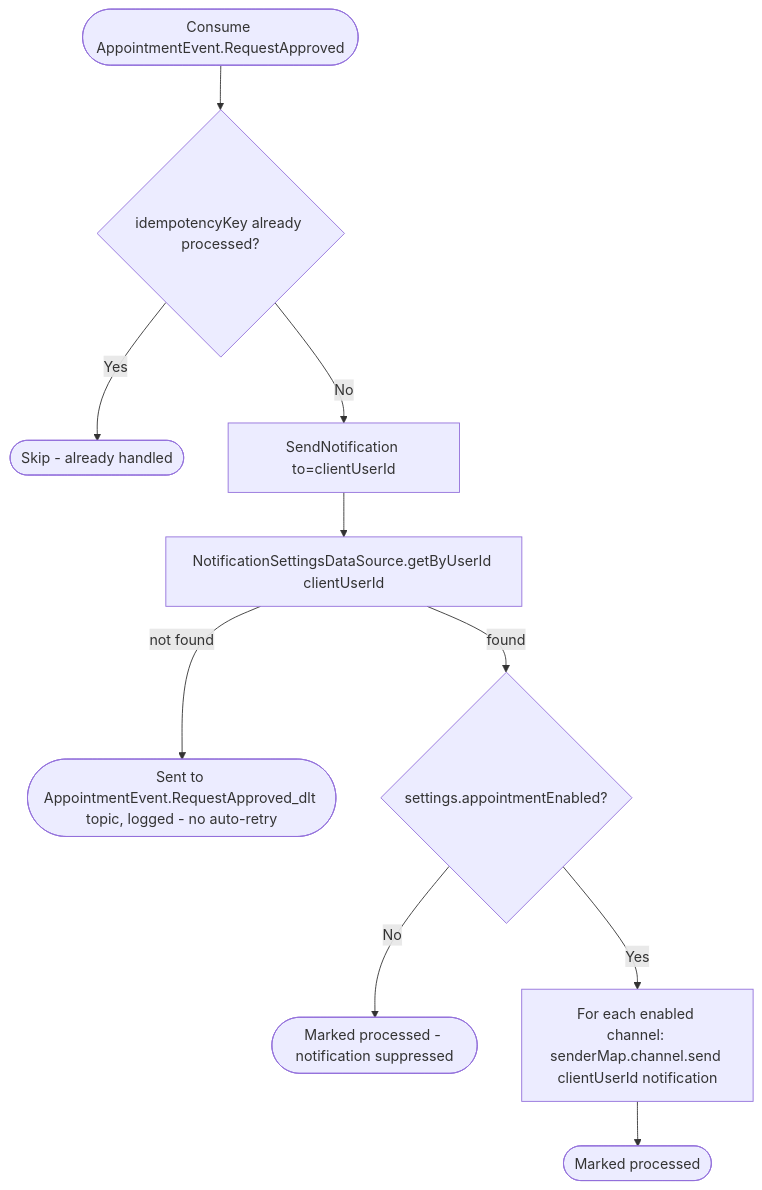
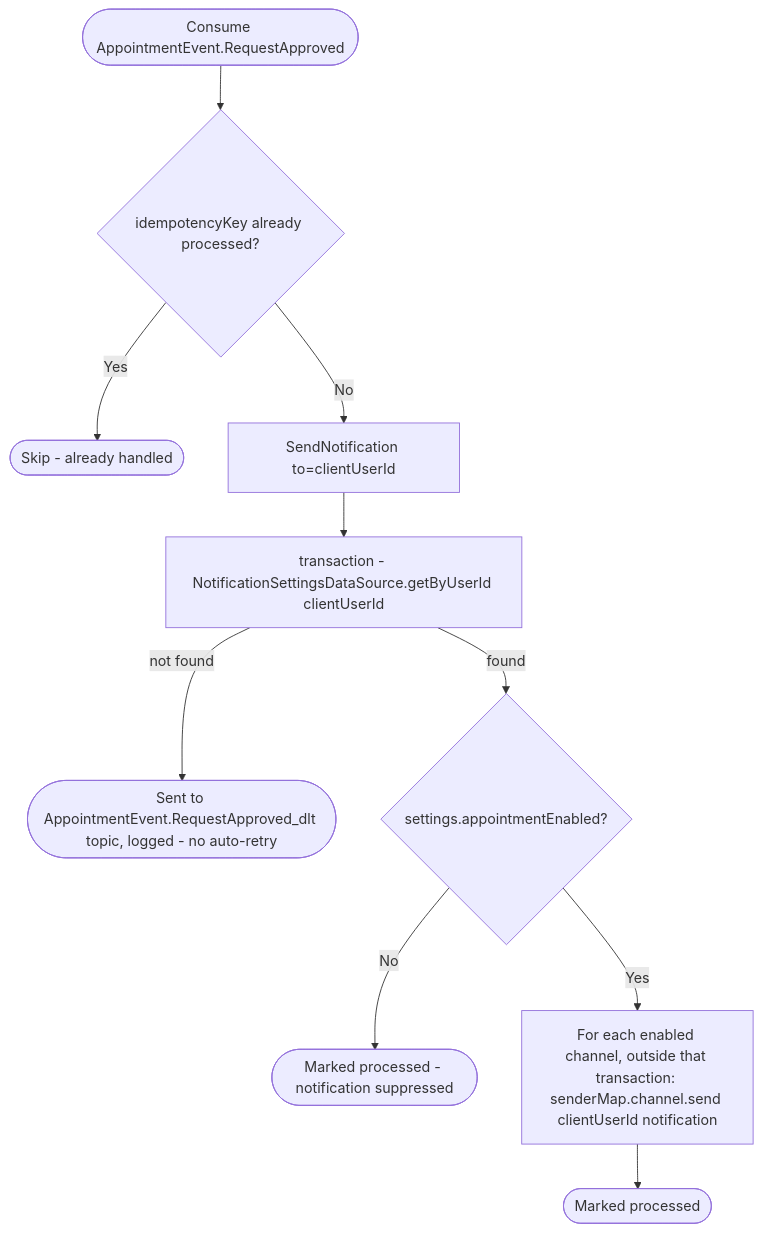
The diagram in docs/operations/notifications/on-appointment-request-approved.md (nocturneproperties/bookkme), drawn with Mermaid before and after one commit. The commit also changed 32 other files, not shown here.

````diff
--- a/docs/operations/notifications/on-appointment-request-approved.md
+++ b/docs/operations/notifications/on-appointment-request-approved.md
@@ -13,12 +13,12 @@
 ```mermaid
 flowchart TD
     Start([Consume AppointmentEvent.RequestApproved]) --> Dedup{idempotencyKey already processed?}
     Dedup -- Yes --> Skip([Skip - already handled])
     Dedup -- No --> Send[SendNotification to=clientUserId]
-    Send --> GetSettings[NotificationSettingsDataSource.getByUserId clientUserId]
+    Send --> GetSettings[transaction - NotificationSettingsDataSource.getByUserId clientUserId]
     GetSettings -- not found --> Dlt([Sent to AppointmentEvent.RequestApproved_dlt topic, logged - no auto-retry])
     GetSettings -- found --> TypeAllowed{settings.appointmentEnabled?}
     TypeAllowed -- No --> Ack([Marked processed - notification suppressed])
-    TypeAllowed -- Yes --> Channels[For each enabled channel: senderMap.channel.send clientUserId notification]
+    TypeAllowed -- Yes --> Channels[For each enabled channel, outside that transaction: senderMap.channel.send clientUserId notification]
     Channels --> Ack2([Marked processed])
 ```
````
